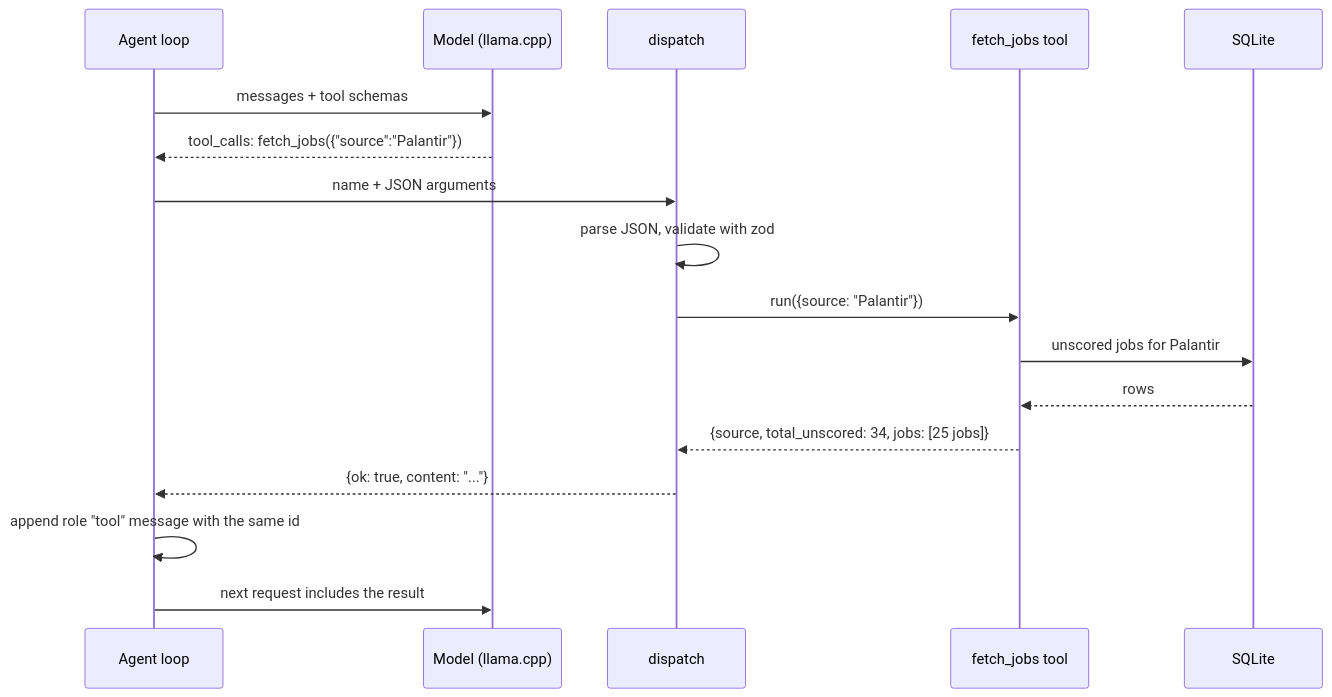
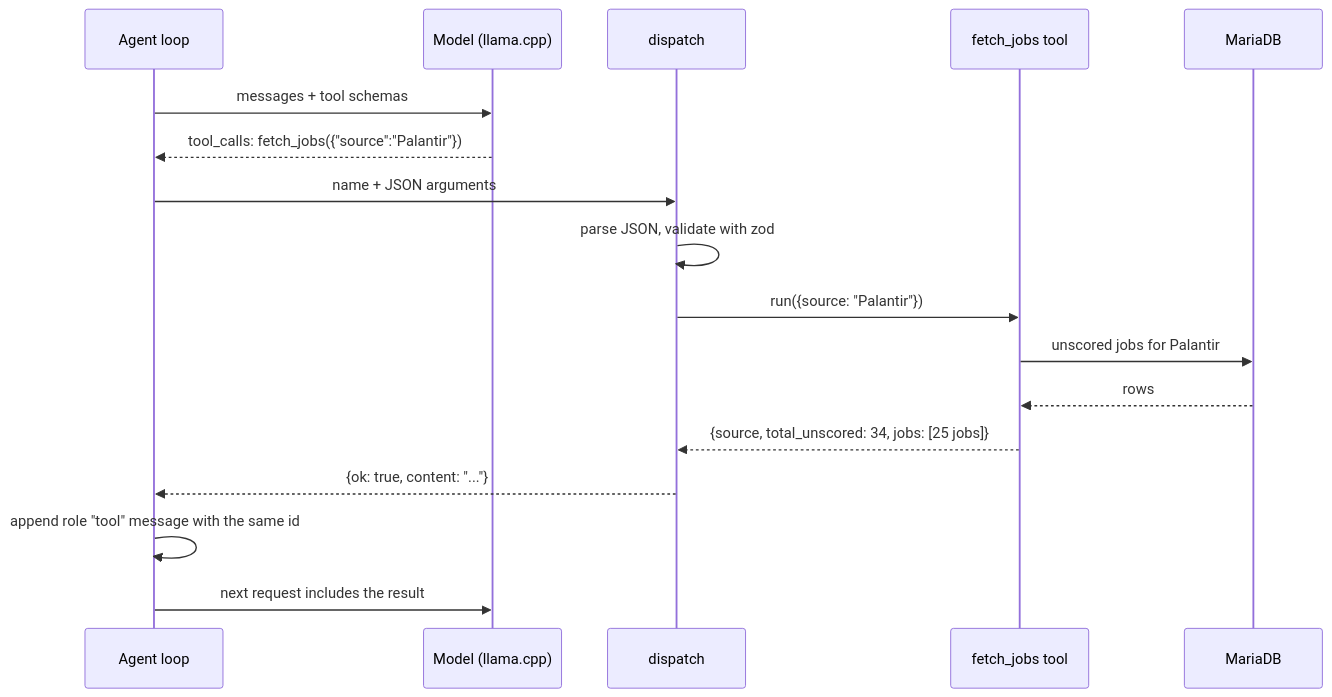
One commit to risingfish/myjobbot changed the third of 7 diagrams in README.md. Above: the diagram before and after it, drawn with Mermaid. The commit also changed other lines of this file and 102 other files, not shown here.

````diff
--- a/README.md
+++ b/README.md
@@ -200,20 +232,20 @@
 ```mermaid
 sequenceDiagram
     participant L as Agent loop
     participant M as Model (llama.cpp)
     participant D as dispatch
     participant T as fetch_jobs tool
-    participant DB as SQLite
+    participant DB as MariaDB
 
     L->>M: messages + tool schemas
     M-->>L: tool_calls: fetch_jobs({"source":"Palantir"})
     L->>D: name + JSON arguments
     D->>D: parse JSON, validate with zod
     D->>T: run({source: "Palantir"})
     T->>DB: unscored jobs for Palantir
     DB-->>T: rows
     T-->>D: {source, total_unscored: 34, jobs: [25 jobs]}
     D-->>L: {ok: true, content: "..."}
     L->>L: append role "tool" message with the same id
     L->>M: next request includes the result
 ```
````
